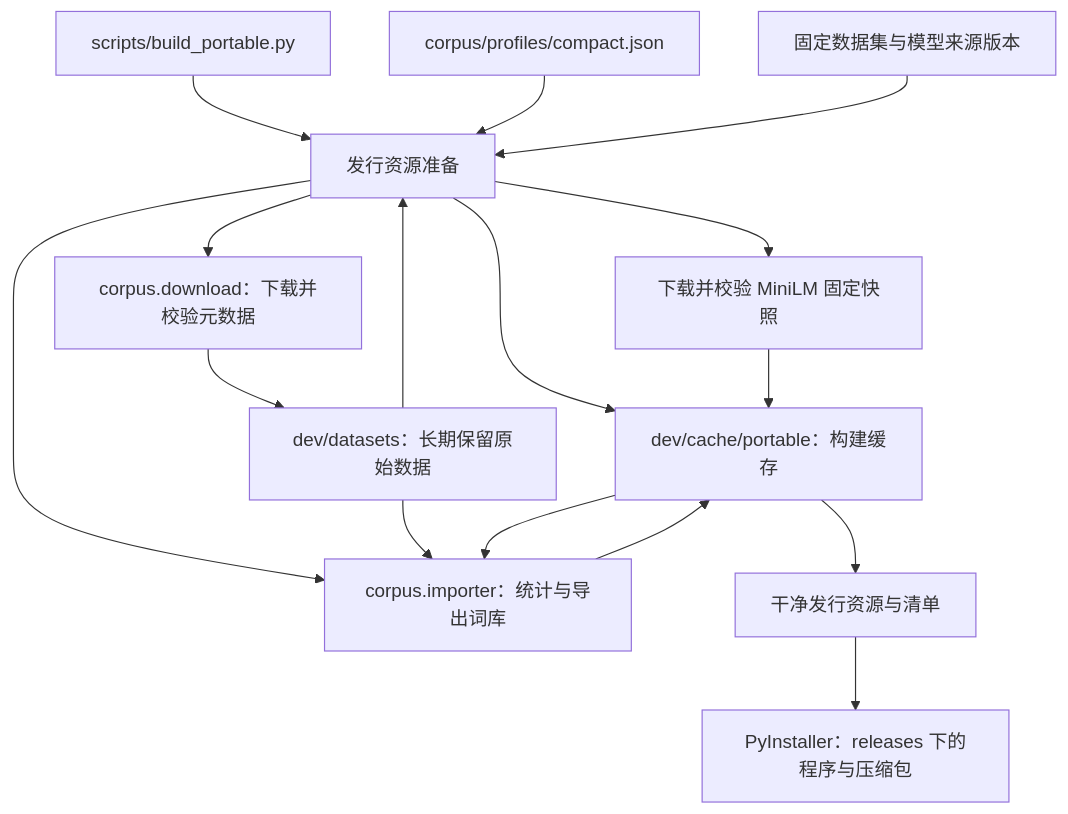
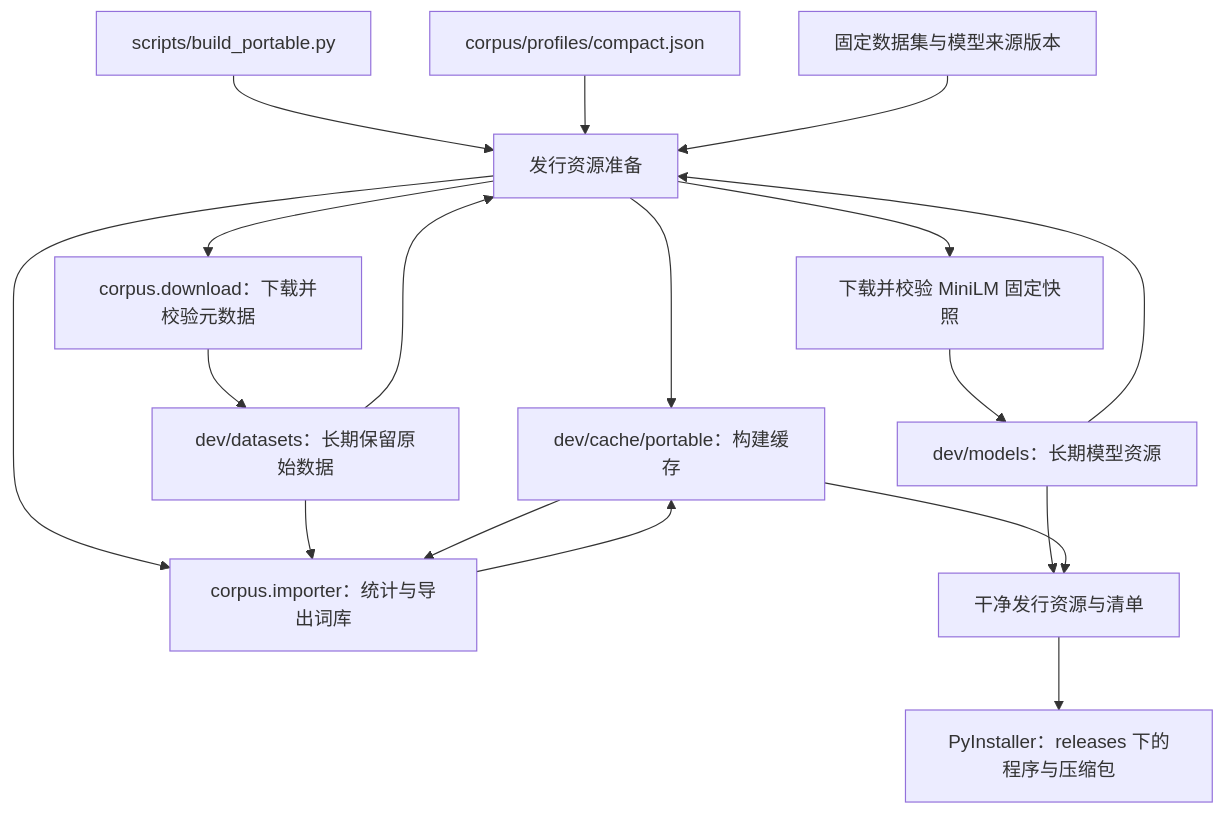
The first of 2 diagrams in docs/dev/issues/portable-build-cache.md (Lykr/pictide), drawn with Mermaid before and after one commit. The commit also changed other lines of this file and 16 other files, not shown here.

````diff
--- a/docs/dev/issues/portable-build-cache.md
+++ b/docs/dev/issues/portable-build-cache.md
@@ -11,18 +11,20 @@
 ```mermaid
 flowchart TD
     Build[scripts/build_portable.py] --> Prepare[发行资源准备]
     Profile[corpus/profiles/compact.json] --> Prepare
     Lock[固定数据集与模型来源版本] --> Prepare
     Dataset[dev/datasets：长期保留原始数据] --> Prepare
     Prepare --> Cache[dev/cache/portable：构建缓存]
     Prepare --> Download[corpus.download：下载并校验元数据]
     Download --> Dataset
     Prepare --> Import[corpus.importer：统计与导出词库]
     Dataset --> Import
     Cache --> Import
     Import --> Cache
     Prepare --> Model[下载并校验 MiniLM 固定快照]
-    Model --> Cache
+    Model --> Models[dev/models：长期模型资源]
+    Models --> Prepare
+    Models --> Seed
     Cache --> Seed[干净发行资源与清单]
     Seed --> Package[PyInstaller：releases 下的程序与压缩包]
 ```
````
